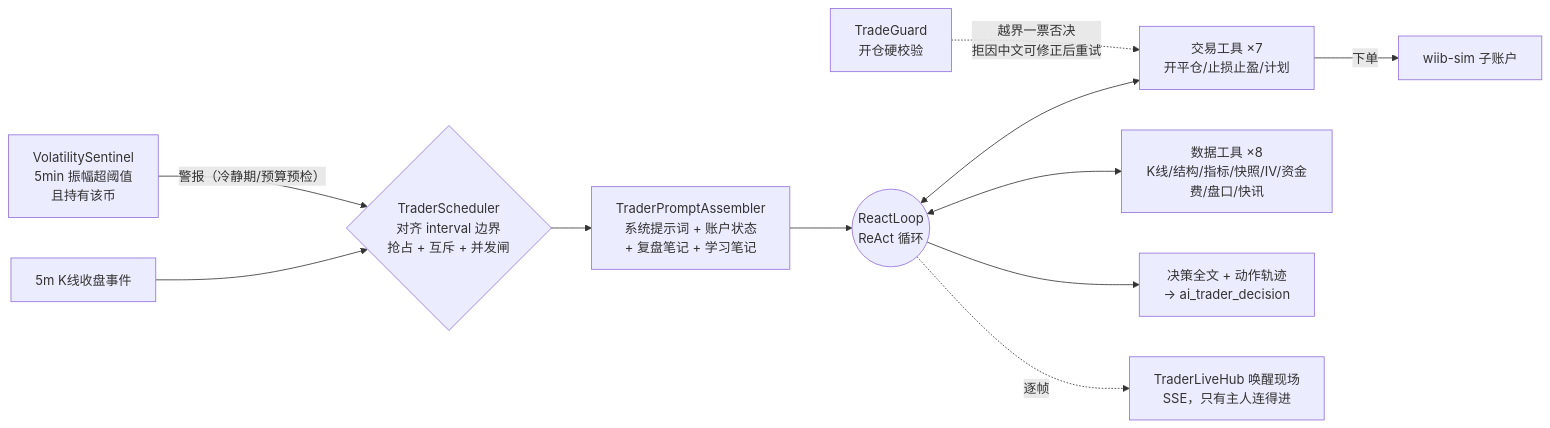
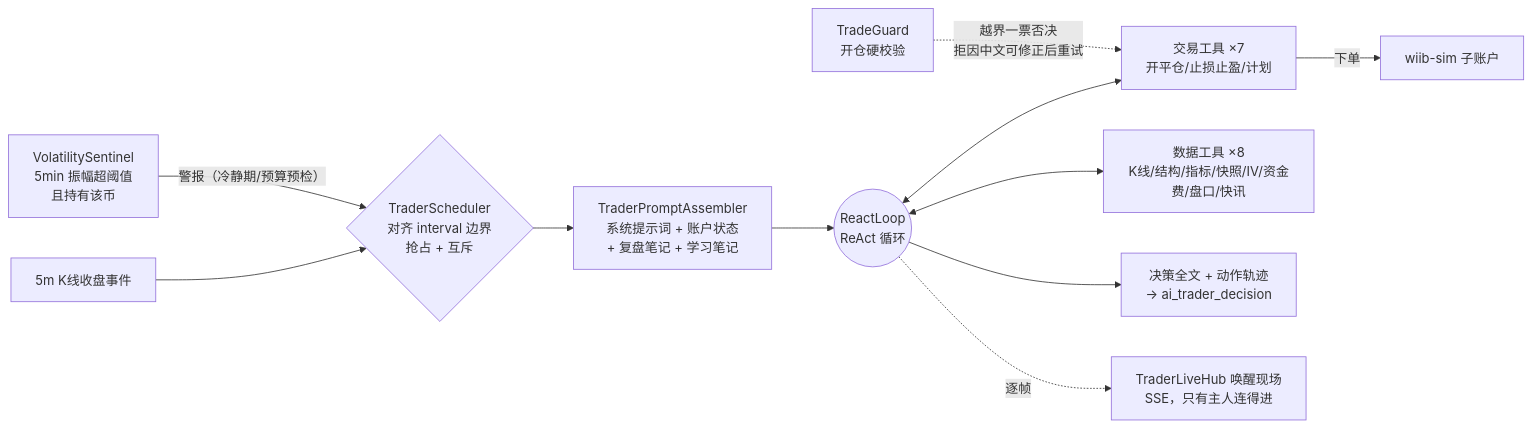
Before and after one commit to Smith-106/wtfibought: the second of 6 diagrams in docs/agent-harness/architecture.md, drawn with Mermaid. The commit also changed other lines of this file and 4 other files, not shown here.

````diff
--- a/docs/agent-harness/architecture.md
+++ b/docs/agent-harness/architecture.md
@@ -54,13 +54,13 @@
 ```mermaid
 flowchart LR
-    CLK["5m K线收盘事件"] --> SCH{"TraderScheduler<br/>对齐 interval 边界<br/>抢占 + 互斥 + 并发闸"}
+    CLK["5m K线收盘事件"] --> SCH{"TraderScheduler<br/>对齐 interval 边界<br/>抢占 + 互斥"}
     SEN["VolatilitySentinel<br/>5min 振幅超阈值<br/>且持有该币"] -->|"警报（冷静期/预算预检）"| SCH
     SCH --> PA["TraderPromptAssembler<br/>系统提示词 + 账户状态<br/>+ 复盘笔记 + 学习笔记"]
     PA --> RA(("ReactLoop<br/>ReAct 循环"))
     RA <--> T1["交易工具 ×7<br/>开平仓/止损止盈/计划"]
     RA <--> T2["数据工具 ×8<br/>K线/结构/指标/快照/IV/资金费/盘口/快讯"]
     RA --> OUT["决策全文 + 动作轨迹<br/>→ ai_trader_decision"]
     RA -.->|"逐帧"| HUB["TraderLiveHub 唤醒现场<br/>SSE，只有主人连得进"]
     GUARD["TradeGuard<br/>开仓硬校验"] -.->|"越界一票否决<br/>拒因中文可修正后重试"| T1
     T1 -->|"下单"| SIMX["wiib-sim 子账户"]
 ```
````
